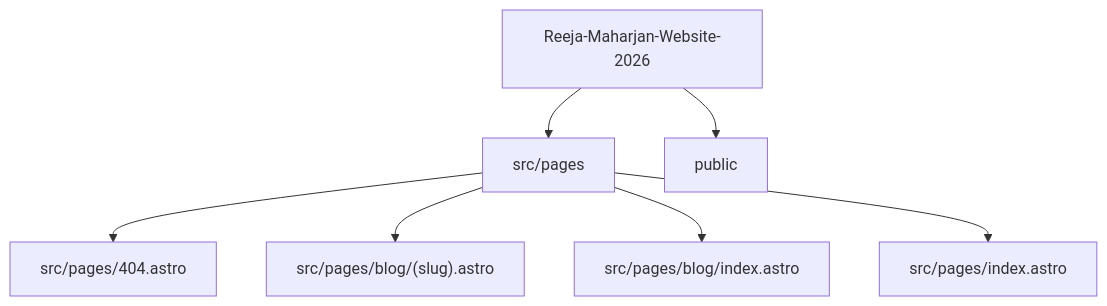
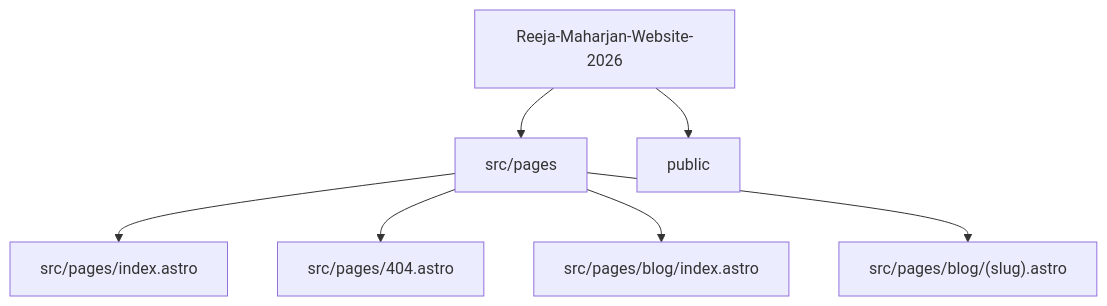
One commit to Nischhalsubba/Reeja-Maharjan-Website-2026 changed the second of 5 diagrams in README.md. Above: the diagram before and after it, drawn with Mermaid. The commit also changed other lines of this file, not shown here.

````diff
--- a/README.md
+++ b/README.md
@@ -49,10 +85,10 @@
 ```mermaid
 flowchart TD
     APP["Reeja-Maharjan-Website-2026"]
     APP --> R0["src/pages"]
     APP --> R1["public"]
-    R0 --> F0["src/pages/404.astro"]
-    R0 --> F1["src/pages/blog/(slug).astro"]
+    R0 --> F0["src/pages/index.astro"]
+    R0 --> F1["src/pages/404.astro"]
     R0 --> F2["src/pages/blog/index.astro"]
-    R0 --> F3["src/pages/index.astro"]
+    R0 --> F3["src/pages/blog/(slug).astro"]
 ```
````
